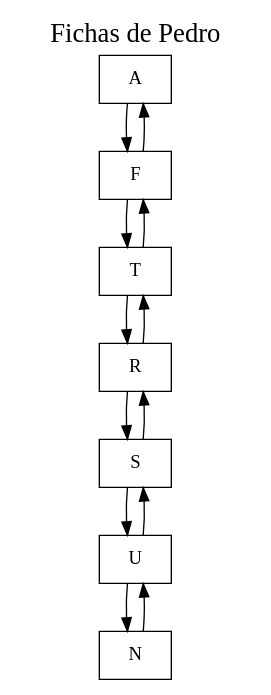
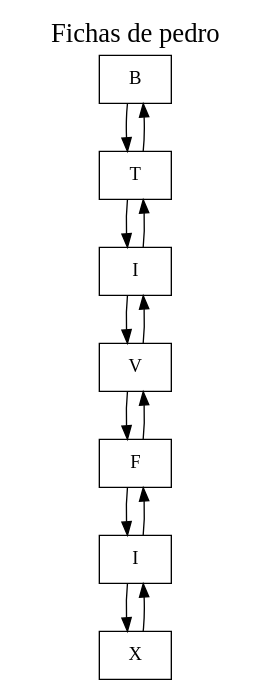
One commit to elJuanjoRamos/EDD_1S2020_PY1_201801262 changed the diagram in EDD_Proyecto1/EDD_Proyecto1/LD_LetterPlayer.dot. Above: the diagram before and after it, drawn with Graphviz. The commit also changed 26 other files, not shown here.

```diff
--- a/EDD_Proyecto1/EDD_Proyecto1/LD_LetterPlayer.dot
+++ b/EDD_Proyecto1/EDD_Proyecto1/LD_LetterPlayer.dot
@@ -1,22 +1,22 @@
-digraph G {graph[label="Fichas de Pedro", labelloc=t, fontsize=20]
+digraph G {graph[label="Fichas de pedro", labelloc=t, fontsize=20]
 node[shape = box];
-Nodo0 [label = "A"];
-Nodo1 [label = "F"];
-Nodo2 [label = "T"];
-Nodo3 [label = "R"];
-Nodo4 [label = "S"];
-Nodo5 [label = "U"];
-Nodo6 [label = "N"];
+Nodo0 [label = "B"];
+Nodo1 [label = "T"];
+Nodo2 [label = "I"];
+Nodo3 [label = "V"];
+Nodo4 [label = "F"];
+Nodo5 [label = "I"];
+Nodo6 [label = "X"];
 Nodo0->Nodo1;
 Nodo1->Nodo0;
 Nodo1->Nodo2;
 Nodo2->Nodo1;
 Nodo2->Nodo3;
 Nodo3->Nodo2;
 Nodo3->Nodo4;
 Nodo4->Nodo3;
 Nodo4->Nodo5;
 Nodo5->Nodo4;
 Nodo5->Nodo6;
 Nodo6->Nodo5;
 }
```
